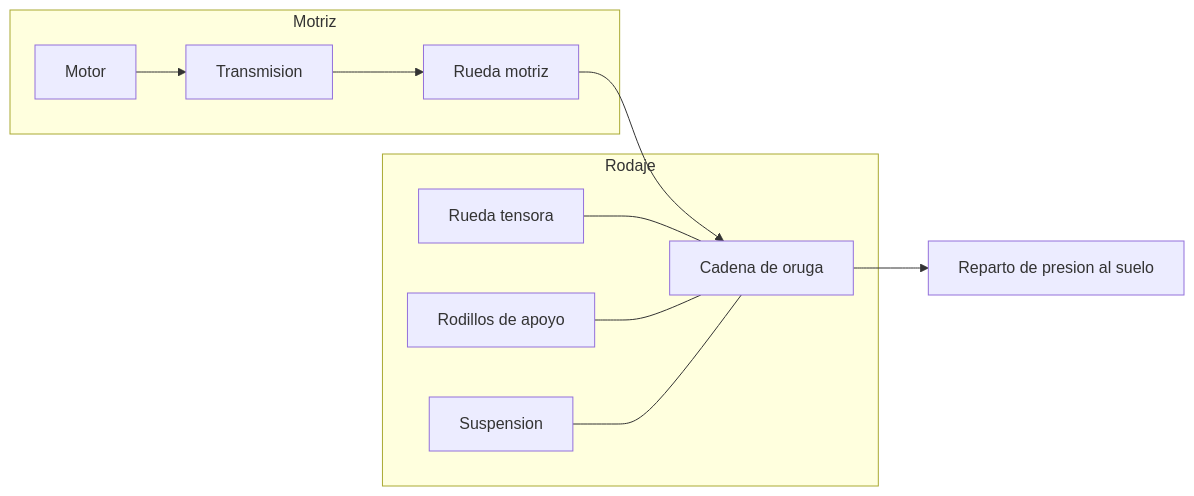
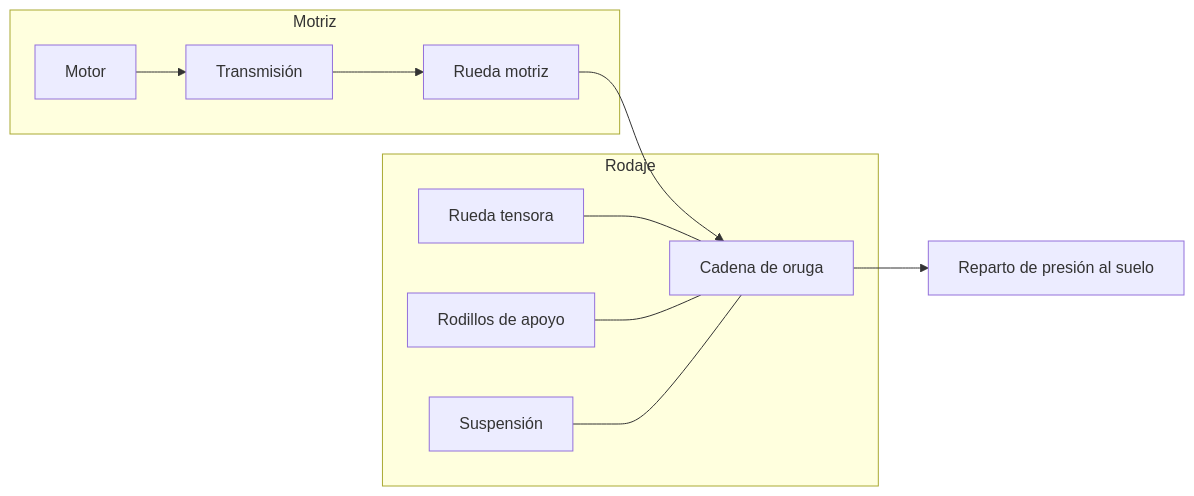
The first of 3 diagrams in vehiculos/tanques/operacion/sistemas-mecanicos-tanque.md (vladimiracunadev-create/machine-operator-program), drawn with Mermaid before and after one commit. The commit also changed other lines of this file and 442 other files, not shown here.

````diff
--- a/vehiculos/tanques/operacion/sistemas-mecanicos-tanque.md
+++ b/vehiculos/tanques/operacion/sistemas-mecanicos-tanque.md
@@ -11,13 +11,13 @@
 ```mermaid
 flowchart LR
     subgraph Motriz
-        Mo[Motor] --> Tr[Transmision] --> Rm[Rueda motriz]
+        Mo[Motor] --> Tr[Transmisión] --> Rm[Rueda motriz]
     end
     subgraph Rodaje
         Rm --> Or[Cadena de oruga]
         Rt[Rueda tensora] --- Or
         Ro[Rodillos de apoyo] --- Or
-        Su[Suspension] --- Or
+        Su[Suspensión] --- Or
     end
-    Or --> Su2[Reparto de presion al suelo]
+    Or --> Su2[Reparto de presión al suelo]
 ```
````
